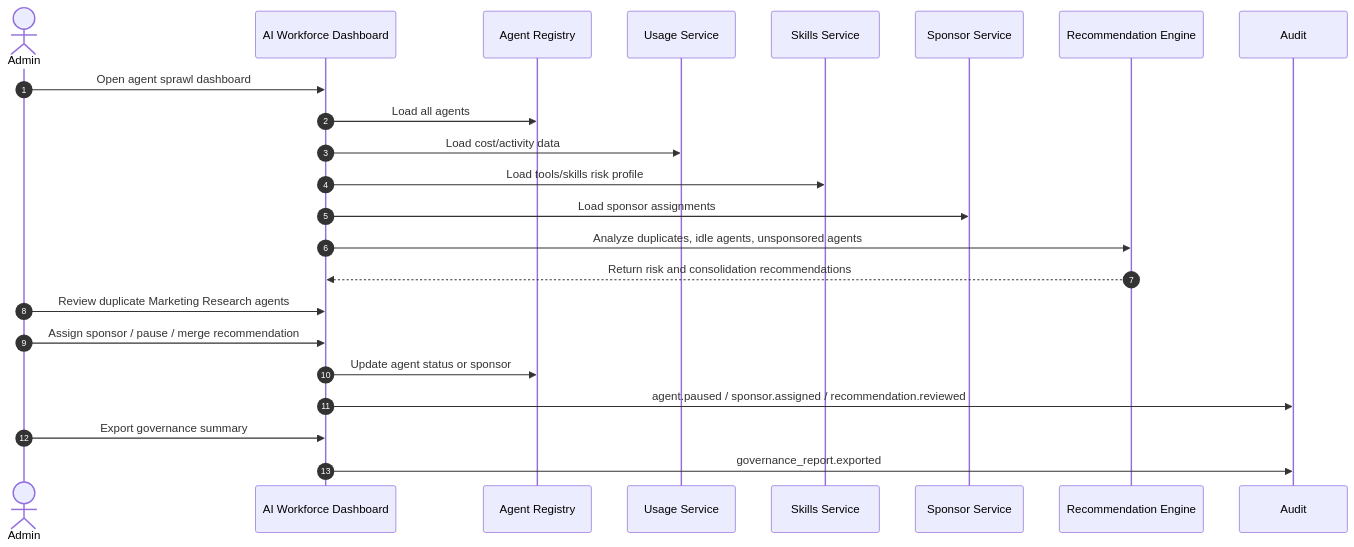
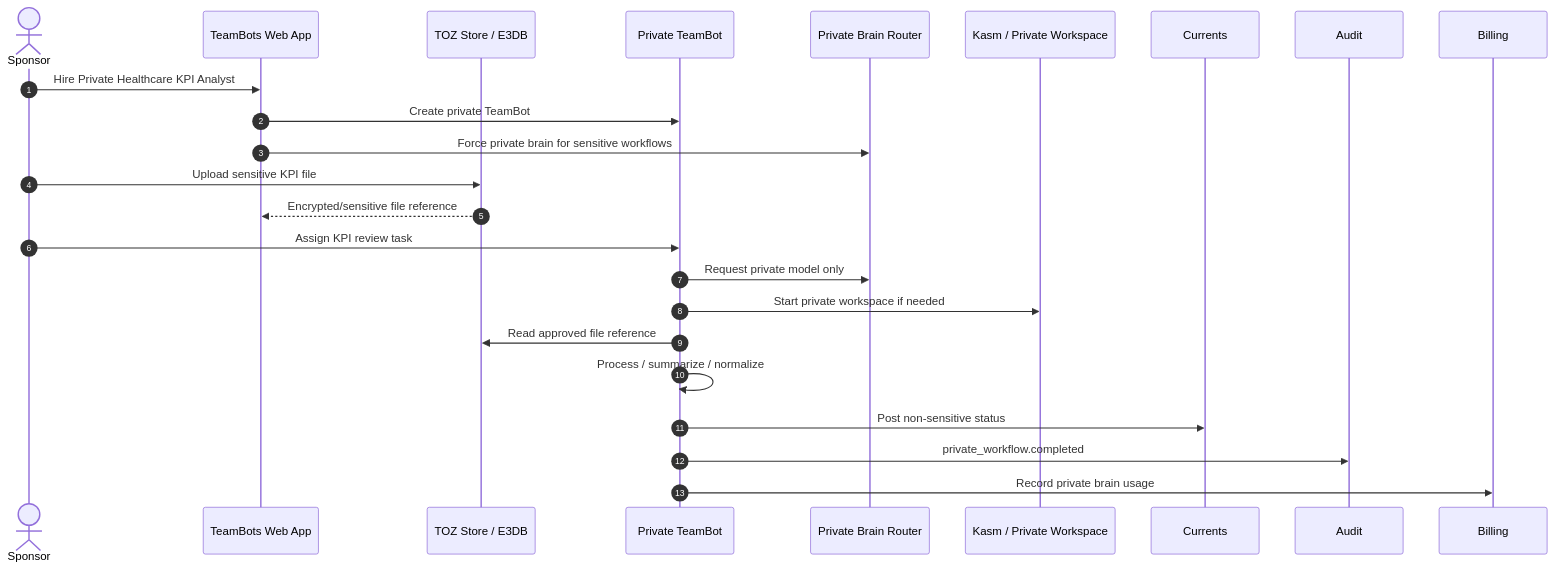
The diagram in use-case.md (pravinkpk30/teambots-openclaw-claude-version), drawn with Mermaid before and after one commit. The commit also changed other lines of this file and 28 other files, not shown here.

Commit message:
Added invoice agent enhancement, artifacts directory, pdf generation, enable web search, added openai, openclaw modal changes, modifed test scripts

````diff
--- a/use-case.md
+++ b/use-case.md
@@ -23,25 +23,26 @@
 ```mermaid
 sequenceDiagram
     autonumber
-    actor Admin
-    participant Dashboard as AI Workforce Dashboard
-    participant Registry as Agent Registry
-    participant Usage as Usage Service
-    participant Skills as Skills Service
-    participant Sponsor as Sponsor Service
-    participant Recs as Recommendation Engine
+    actor Sponsor
+    participant Web as TeamBots Web App
+    participant Store as TOZ Store / E3DB
+    participant Agent as Private TeamBot
+    participant Brain as Private Brain Router
+    participant Workspace as Kasm / Private Workspace
+    participant Currents
     participant Audit
-    Admin->>Dashboard: Open agent sprawl dashboard
-    Dashboard->>Registry: Load all agents
-    Dashboard->>Usage: Load cost/activity data
-    Dashboard->>Skills: Load tools/skills risk profile
-    Dashboard->>Sponsor: Load sponsor assignments
-    Dashboard->>Recs: Analyze duplicates, idle agents, unsponsored agents
-    Recs-->>Dashboard: Return risk and consolidation recommendations
-    Admin->>Dashboard: Review duplicate Marketing Research agents
-    Admin->>Dashboard: Assign sponsor / pause / merge recommendation
-    Dashboard->>Registry: Update agent status or sponsor
-    Dashboard->>Audit: agent.paused / sponsor.assigned / recommendation.reviewed
-    Admin->>Dashboard: Export governance summary
-    Dashboard->>Audit: governance_report.exported
+    participant Billing
+    Sponsor->>Web: Hire Private Healthcare KPI Analyst
+    Web->>Agent: Create private TeamBot
+    Web->>Brain: Force private brain for sensitive workflows
+    Sponsor->>Store: Upload sensitive KPI file
+    Store-->>Web: Encrypted/sensitive file reference
+    Sponsor->>Agent: Assign KPI review task
+    Agent->>Brain: Request private model only
+    Agent->>Workspace: Start private workspace if needed
+    Agent->>Store: Read approved file reference
+    Agent->>Agent: Process / summarize / normalize
+    Agent->>Currents: Post non-sensitive status
+    Agent->>Audit: private_workflow.completed
+    Agent->>Billing: Record private brain usage
 ```
````
